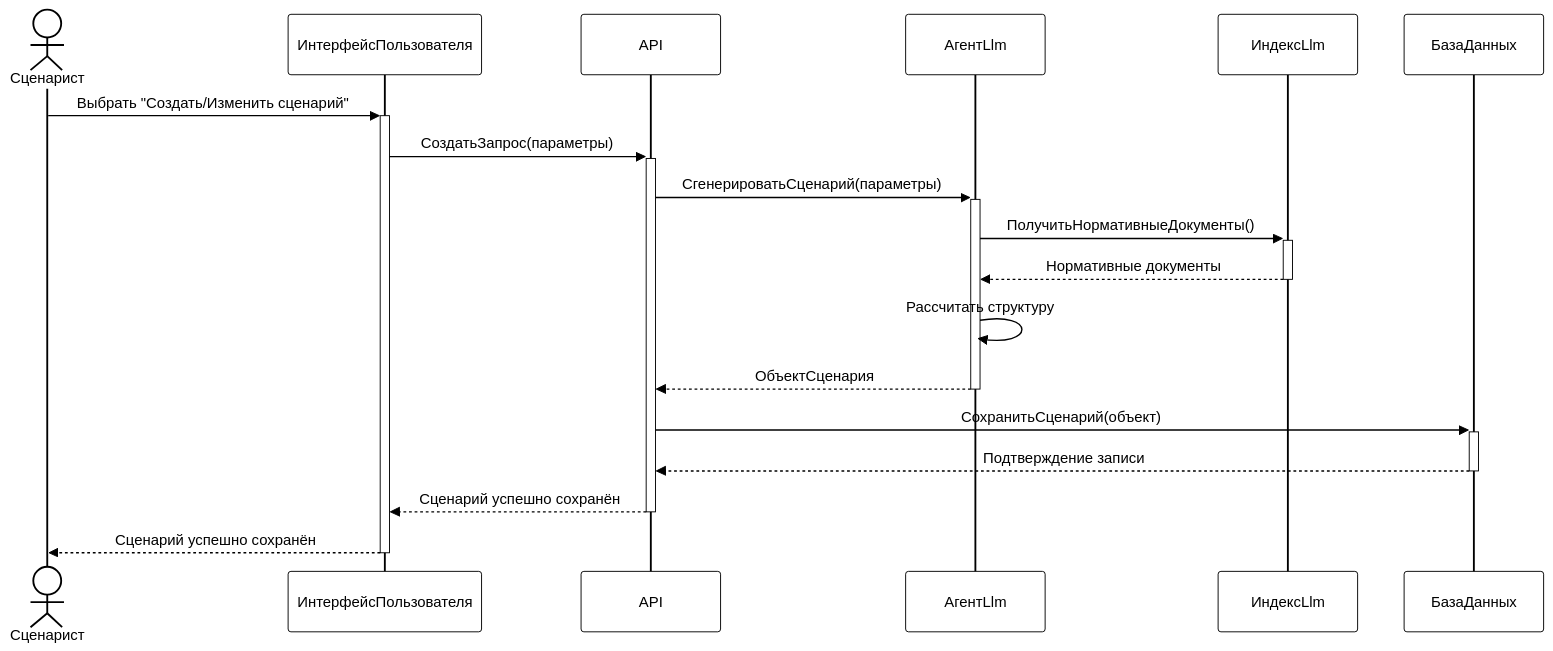
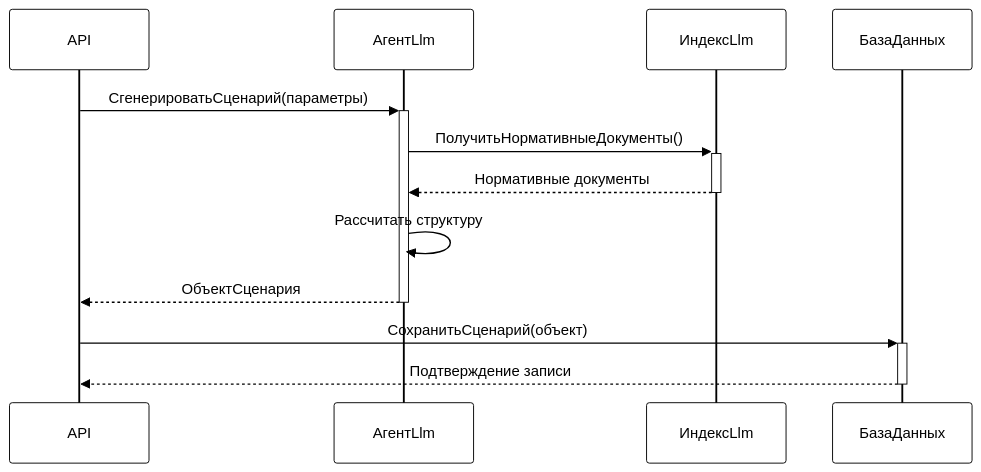
The first of 9 diagrams in Пакет Обработка эмбеддингов/Диаграмма последовательностей взаимодействия объектов классов.md (CHSU-scenarAIst/diagrammy), drawn with Mermaid before and after one commit. The commit also changed other lines of this file and 12 other files, not shown here.

````diff
--- a/Пакет Обработка эмбеддингов/Диаграмма последовательностей взаимодействия объектов классов.md
+++ b/Пакет Обработка эмбеддингов/Диаграмма последовательностей взаимодействия объектов классов.md
@@ -5,40 +5,34 @@
 ```mermaid
 %%{init: {
   'theme': 'base',
   'themeVariables': {
     'primaryColor': '#fff',
     'primaryBorderColor': '#000',
     'lineColor': '#000',
     'tertiaryColor': '#fff',
     'edgeColor': '#000',
     'fontFamily': 'arial',
     'fontSize': '16px',
     'signalColor': '#000',
     'signalTextColor': '#000',
     'actorTextColor': '#000',
     'actorLineColor': '#000',
     'labelTextColor': '#000',
     'activationBorderColor': '#000',
     'activationBackgroundColor': '#000'
   }
 }}%%
 sequenceDiagram
-    actor User as Сценарист
-    participant UI as ИнтерфейсПользователя
     participant Controller as API
     participant AI as АгентLlm
     participant KB as ИндексLlm
     participant Storage as БазаДанных
 
-    User->>+UI: Выбрать "Создать/Изменить сценарий"
-    UI->>+Controller: СоздатьЗапрос(параметры)
     Controller->>+AI: СгенерироватьСценарий(параметры)
     AI->>+KB: ПолучитьНормативныеДокументы()
     KB-->>-AI: Нормативные документы
     AI->>AI: Рассчитать структуру
     AI-->>-Controller: ОбъектСценария
     Controller->>+Storage: СохранитьСценарий(объект)
     Storage-->>-Controller: Подтверждение записи
-    Controller-->>-UI: Сценарий успешно сохранён
-    UI-->>-User: Сценарий успешно сохранён
 ```
````
